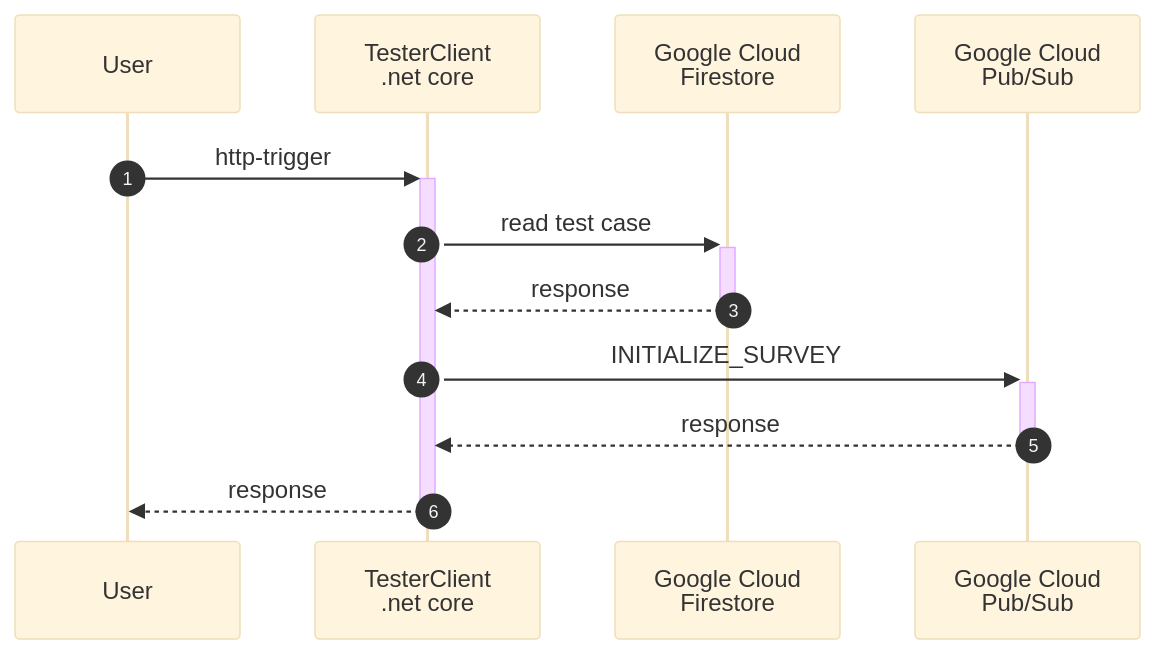
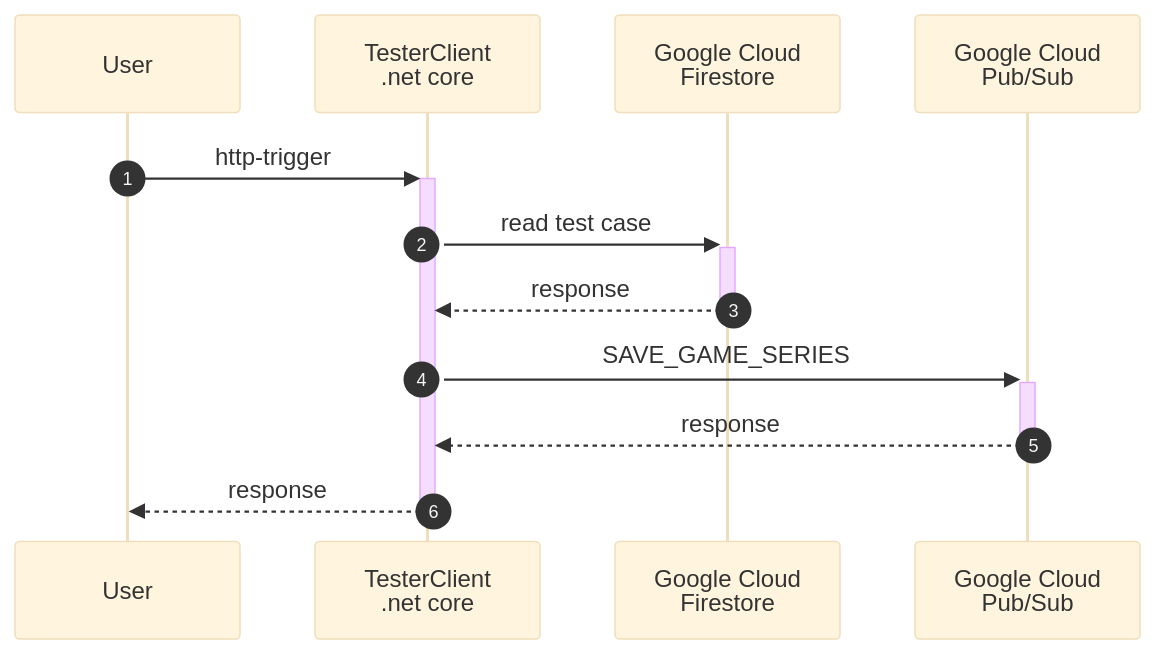
The diagram in doc/tester-client.mermaid (MichaelDiers/TabletopGameAdmin), drawn with Mermaid (base theme) before and after one commit. The commit also changed 3 other files, not shown here.

```diff
--- a/doc/tester-client.mermaid
+++ b/doc/tester-client.mermaid
@@ -1,15 +1,15 @@
 sequenceDiagram
     autonumber
     participant U as User
     participant TC as TesterClient<br>.net core
     participant FS as Google Cloud<br>Firestore
     participant PS as Google Cloud<br>Pub/Sub
     U->>+TC: http-trigger
     TC->>+FS: read test case
     FS-->>TC: response
     deactivate FS
-    TC->>+PS: INITIALIZE_SURVEY
+    TC->>+PS: SAVE_GAME_SERIES
     PS-->>TC: response
     deactivate PS
     TC-->>U: response
     deactivate TC
```
